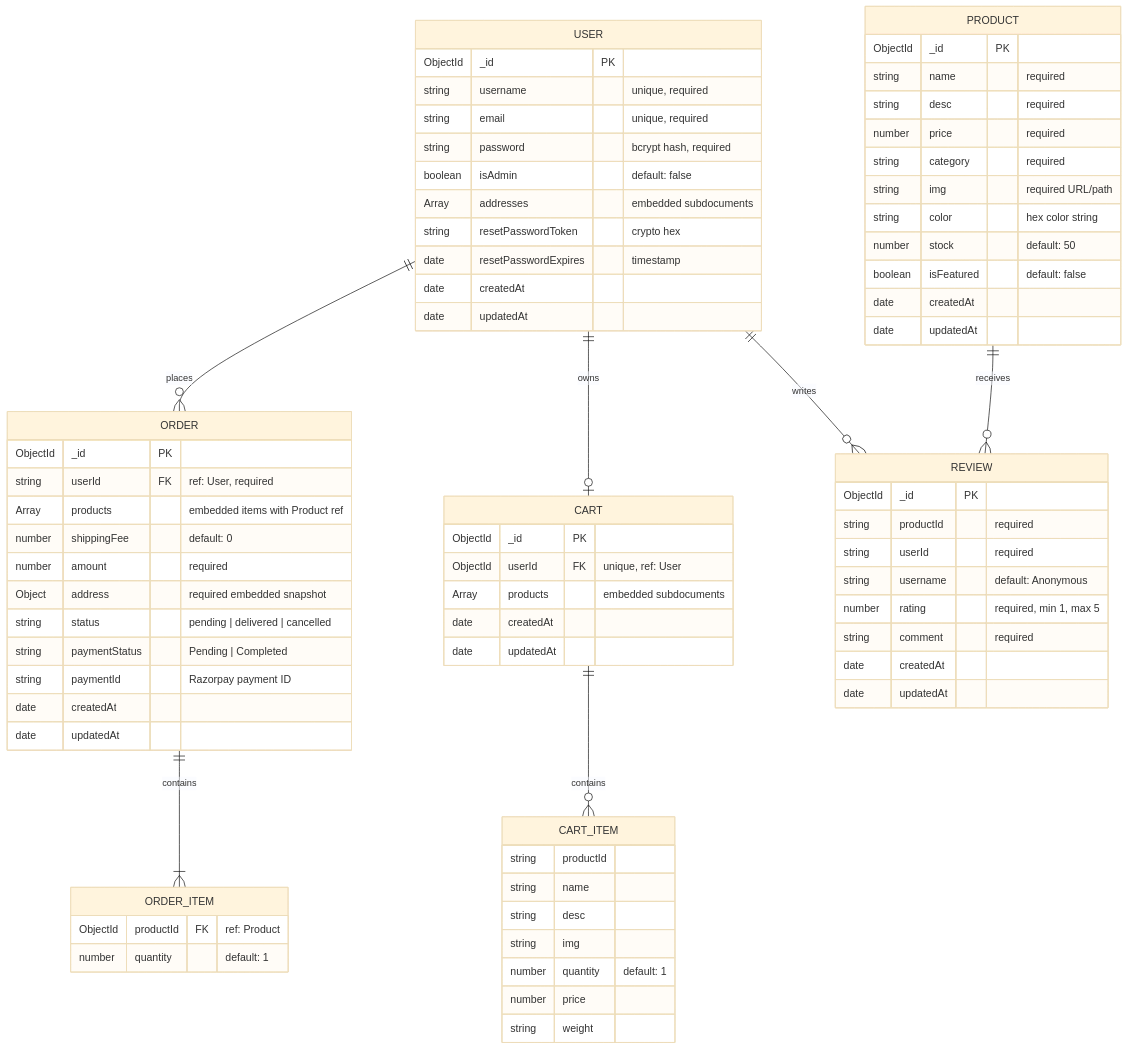
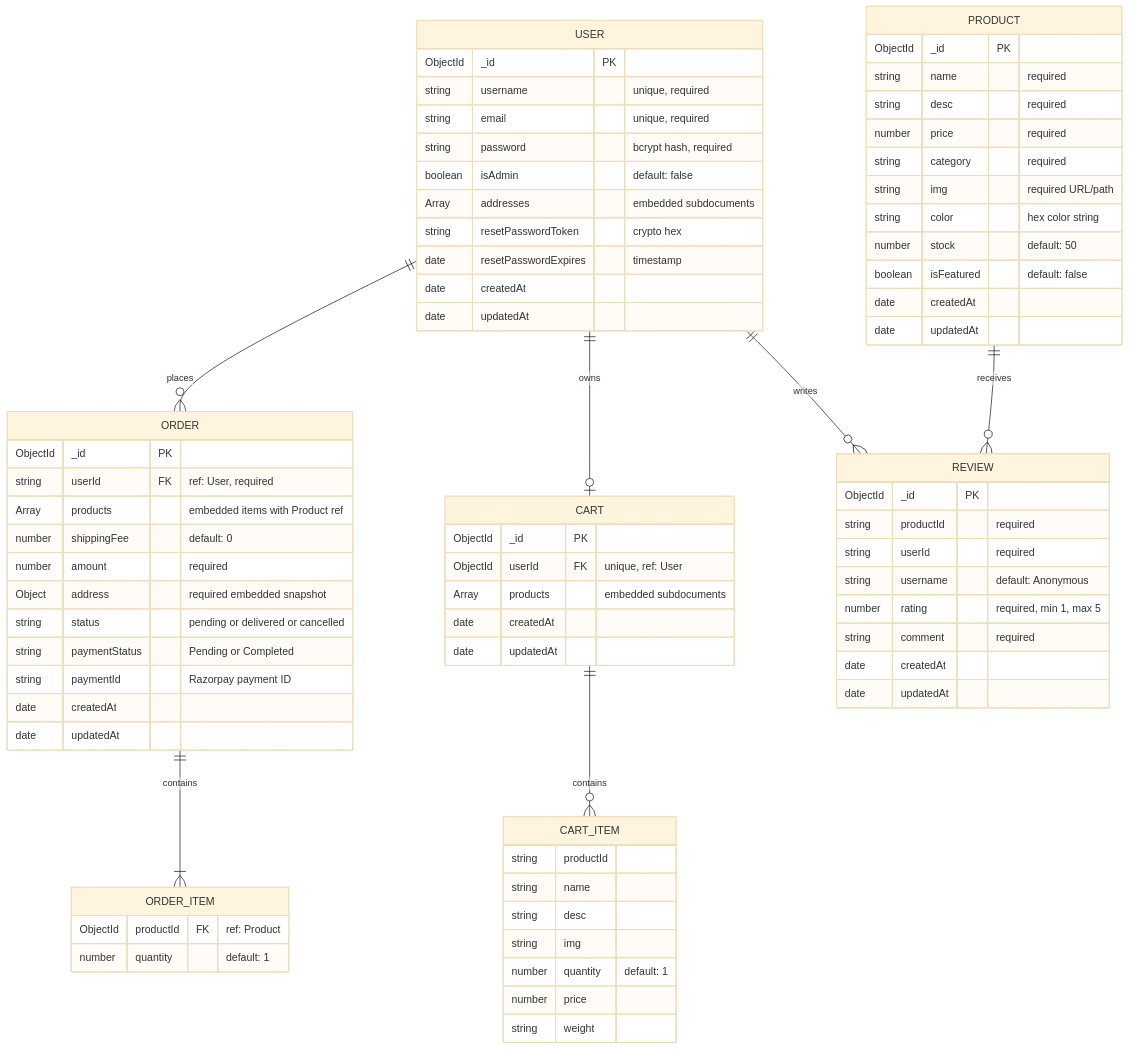
The first of 6 diagrams in PROJECT_INTERVIEW_GUIDE.md (ShreshthTarwey/teer-brand-ecommerce), drawn with Mermaid (base theme) before and after one commit. The commit also changed other lines of this file, not shown here.

```diff
--- a/PROJECT_INTERVIEW_GUIDE.md
+++ b/PROJECT_INTERVIEW_GUIDE.md
@@ -789,8 +789,8 @@
         number shippingFee "default: 0"
         number amount "required"
         Object address "required embedded snapshot"
-        string status "pending | delivered | cancelled"
-        string paymentStatus "Pending | Completed"
+        string status "pending or delivered or cancelled"
+        string paymentStatus "Pending or Completed"
         string paymentId "Razorpay payment ID"
         date createdAt
         date updatedAt
```
